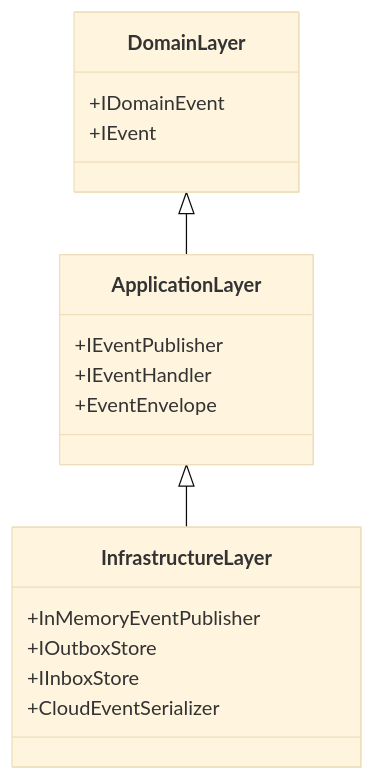
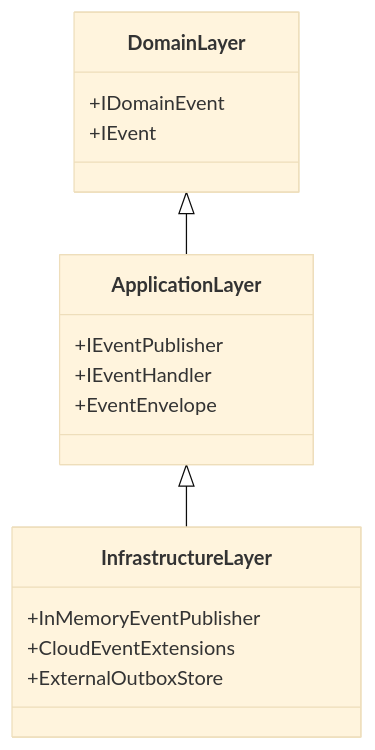
One commit to ericksonlopezf/dotnet-events changed the diagram in docs/boundary.md. Above: the diagram before and after it, drawn with Mermaid (base theme). The commit also changed other lines of this file and 342 other files, not shown here.

````diff
--- a/docs/boundary.md
+++ b/docs/boundary.md
@@ -7,21 +7,20 @@
 ```mermaid
 classDiagram
     class DomainLayer {
         +IDomainEvent
         +IEvent
     }
     class ApplicationLayer {
         +IEventPublisher
         +IEventHandler
         +EventEnvelope
     }
     class InfrastructureLayer {
         +InMemoryEventPublisher
-        +IOutboxStore
-        +IInboxStore
-        +CloudEventSerializer
+        +CloudEventExtensions
+        +ExternalOutboxStore
     }
 
     DomainLayer <|-- ApplicationLayer
     ApplicationLayer <|-- InfrastructureLayer
 ```
````
